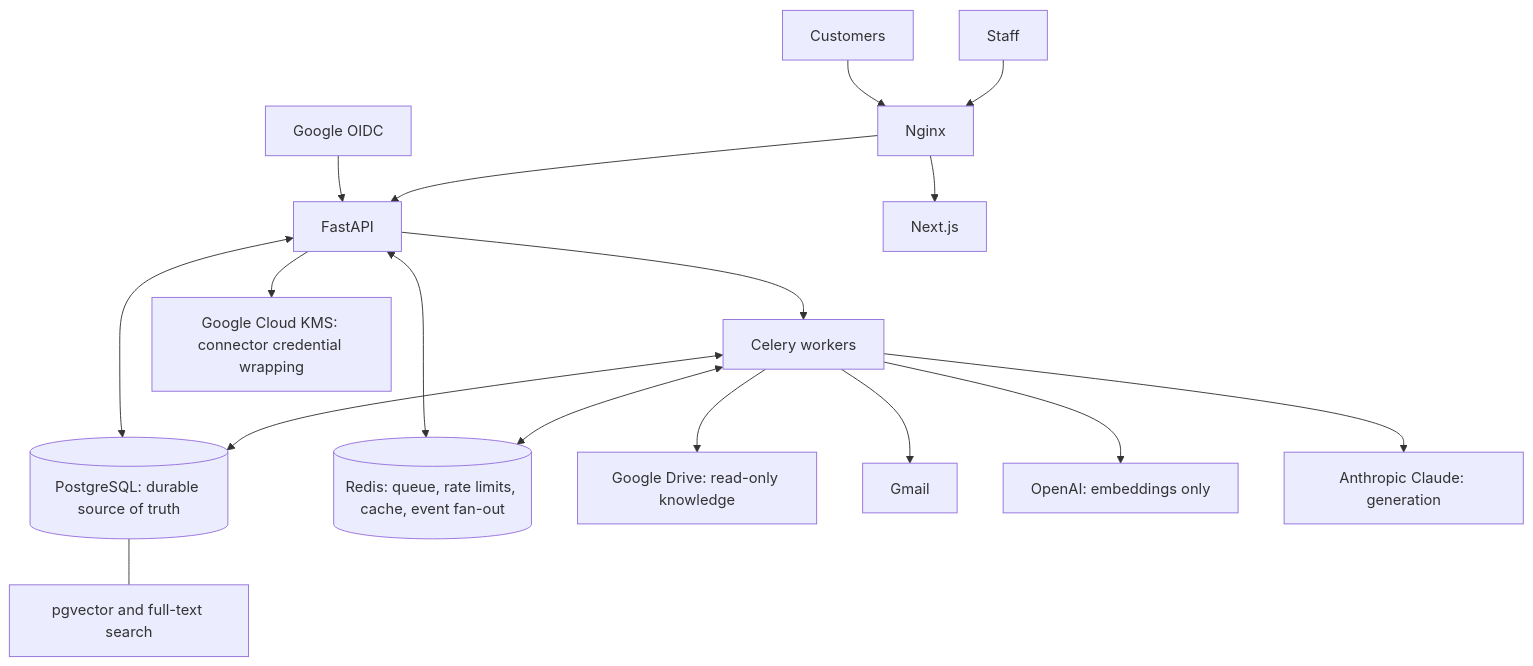
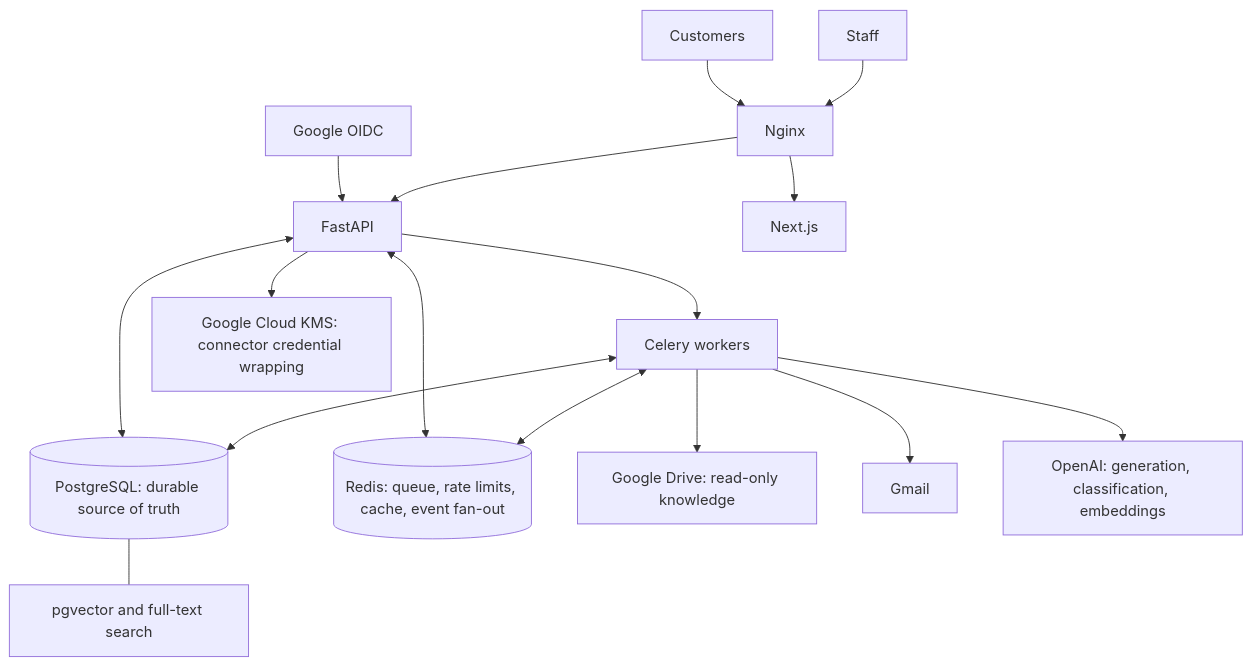
Before and after one commit to wisdomhealth/enterprise-ai-agent-platform: the first of 2 diagrams in README.md, drawn with Mermaid. The commit also changed other lines of this file and 22 other files, not shown here.

Commit message:
docs: document OpenAI framework architecture and rollback

````diff
--- a/README.md
+++ b/README.md
@@ -66,21 +68,20 @@
 ```mermaid
 flowchart TB
     customer[Customers] --> nginx[Nginx]
     staff[Staff] --> nginx
     oidc[Google OIDC] --> api[FastAPI]
     nginx --> web[Next.js]
     nginx --> api
 
     api <--> postgres[(PostgreSQL: durable source of truth)]
     postgres --- search[pgvector and full-text search]
     api <--> redis[(Redis: queue, rate limits, cache, event fan-out)]
     api --> workers[Celery workers]
     workers <--> postgres
     workers <--> redis
 
     workers --> drive[Google Drive: read-only knowledge]
     workers --> gmail[Gmail]
-    workers --> embeddings[OpenAI: embeddings only]
-    workers --> claude[Anthropic Claude: generation]
+    workers --> openai[OpenAI: generation, classification, embeddings]
     api --> kms[Google Cloud KMS: connector credential wrapping]
 ```
````
